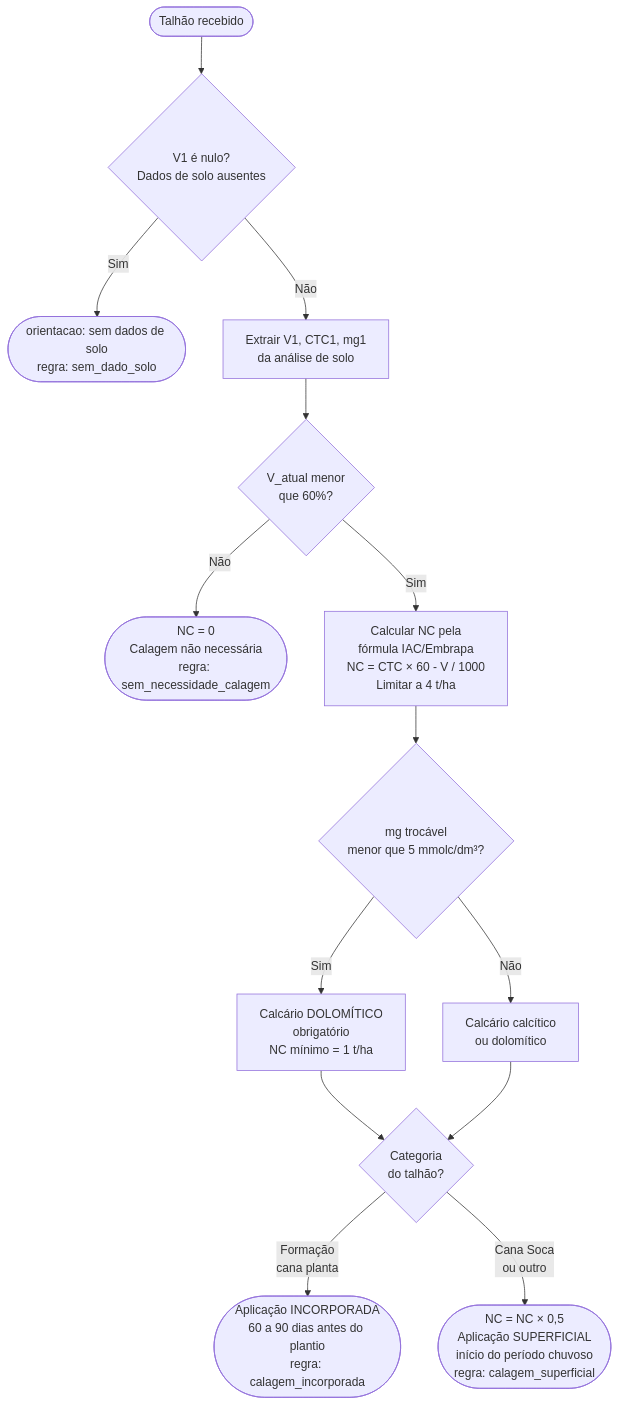
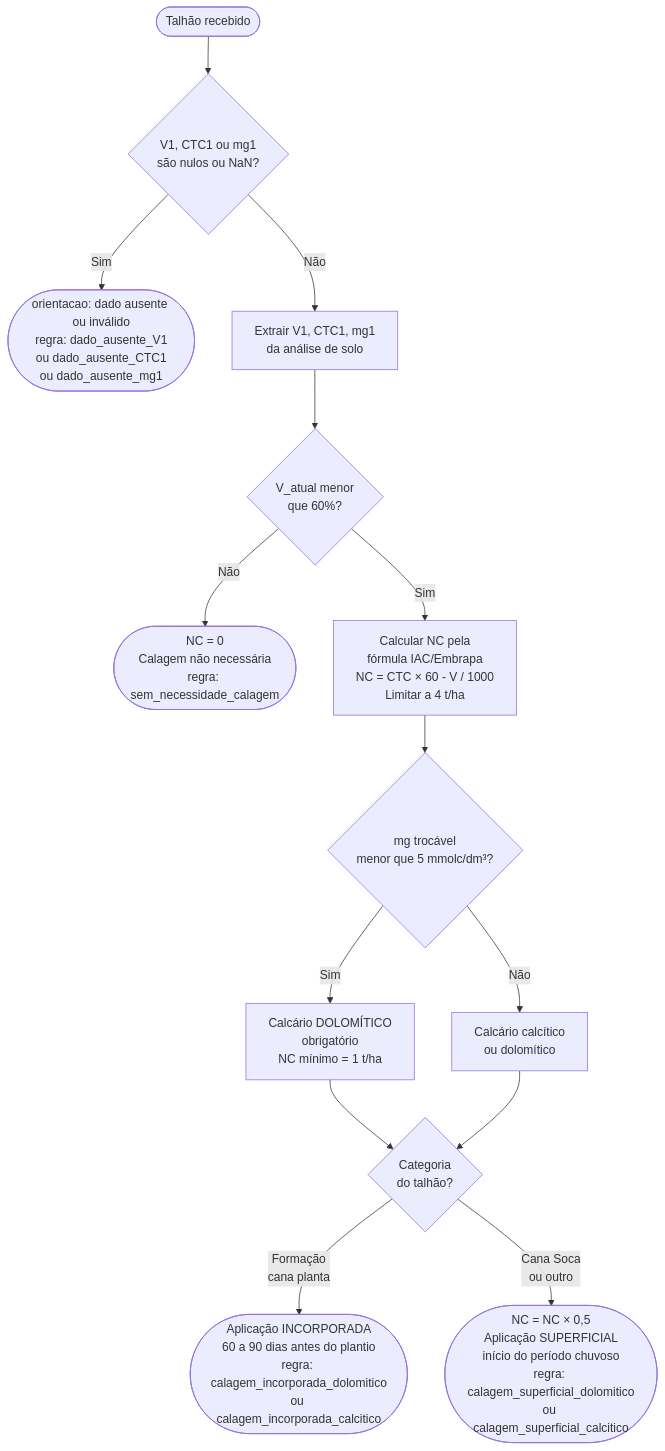
The second of 6 diagrams in docs/docs/Sprint 2/motor-de-regras-gold.md (AgroTech-Inteli-ATI/2026_01_Atvos_G2), drawn with Mermaid before and after one commit. The commit also changed other lines of this file, not shown here.

````diff
--- a/docs/docs/Sprint 2/motor-de-regras-gold.md
+++ b/docs/docs/Sprint 2/motor-de-regras-gold.md
@@ -42,27 +65,27 @@
 ```mermaid
 flowchart TD
 
-    A([Talhão recebido]) --> B{V1 é nulo?\nDados de solo ausentes}
+    A([Talhão recebido]) --> B{V1, CTC1 ou mg1\nsão nulos ou NaN?}
 
-    B -- Sim --> Z1([orientacao: sem dados de solo\nregra: sem_dado_solo])
+    B -- Sim --> Z1([orientacao: dado ausente ou inválido\nregra: dado_ausente_V1\nou dado_ausente_CTC1\nou dado_ausente_mg1])
 
     B -- Não --> C[Extrair V1, CTC1, mg1\nda análise de solo]
 
     C --> D{V_atual menor\nque 60%?}
 
     D -- Não --> Z2([NC = 0\nCalagem não necessária\nregra: sem_necessidade_calagem])
 
     D -- Sim --> E[Calcular NC pela\nfórmula IAC/Embrapa\nNC = CTC × 60 - V / 1000\nLimitar a 4 t/ha]
 
     E --> F{mg trocável\nmenor que 5 mmolc/dm³?}
 
     F -- Sim --> G[Calcário DOLOMÍTICO\nobrigatório\nNC mínimo = 1 t/ha]
 
     F -- Não --> H[Calcário calcítico\nou dolomítico]
 
     G & H --> I{Categoria\ndo talhão?}
 
-    I -- Formação\ncana planta --> J([Aplicação INCORPORADA\n60 a 90 dias antes do plantio\nregra: calagem_incorporada])
+    I -- Formação\ncana planta --> J([Aplicação INCORPORADA\n60 a 90 dias antes do plantio\nregra: calagem_incorporada_dolomitico\nou calagem_incorporada_calcitico])
 
-    I -- Cana Soca\nou outro --> K([NC = NC × 0,5\nAplicação SUPERFICIAL\ninício do período chuvoso\nregra: calagem_superficial])
+    I -- Cana Soca\nou outro --> K([NC = NC × 0,5\nAplicação SUPERFICIAL\ninício do período chuvoso\nregra: calagem_superficial_dolomitico\nou calagem_superficial_calcitico])
 ```
````
